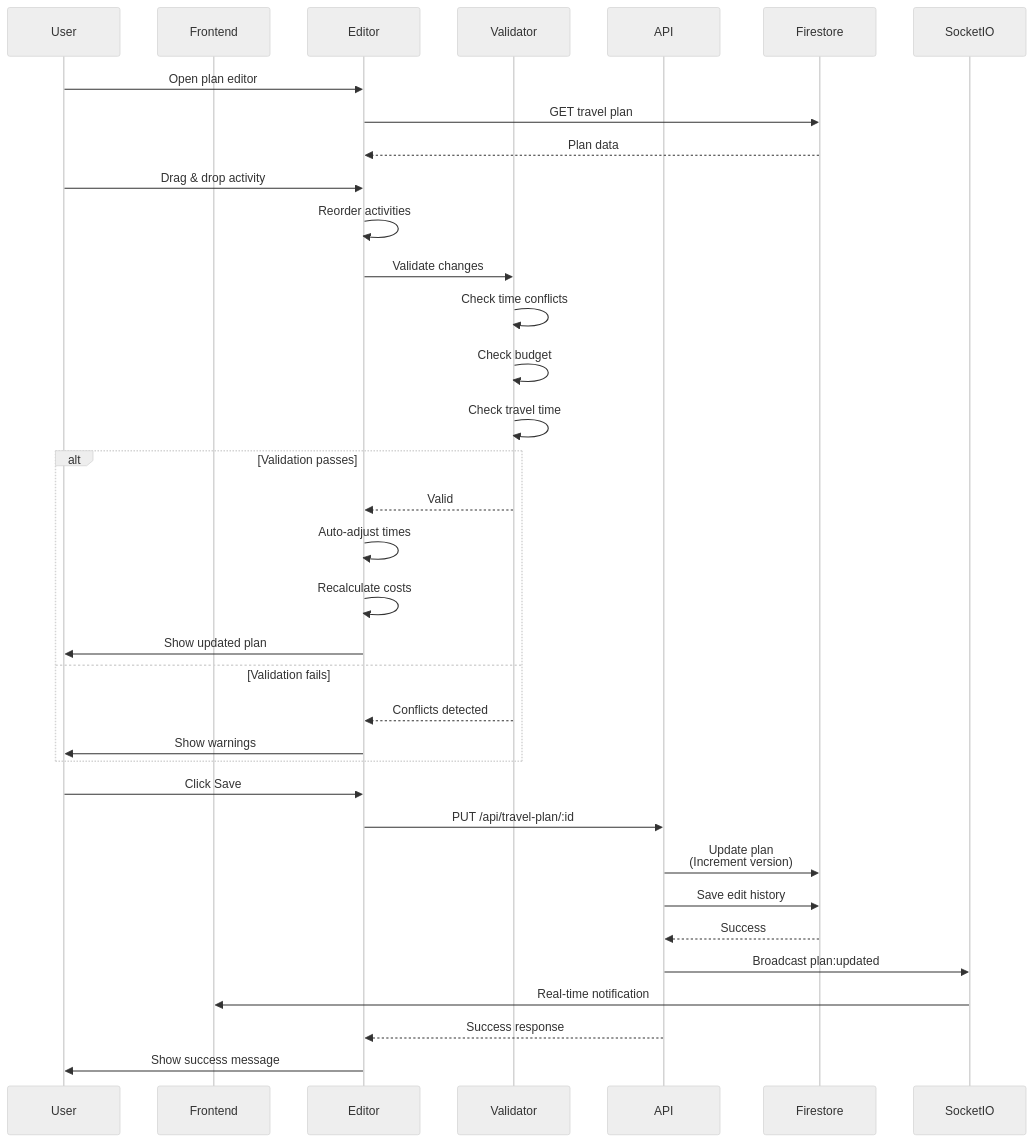
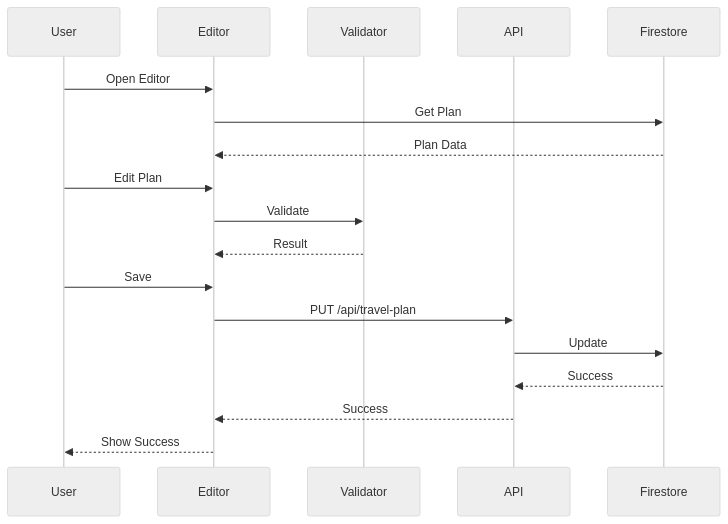
One commit to nvtank/AI_Assistant_DN changed the fourth of 8 diagrams in docs/future/07-Future-Data-Flow.md. Above: the diagram before and after it, drawn with Mermaid (neutral theme). The commit also changed other lines of this file and 3 other files, not shown here.

````diff
--- a/docs/future/07-Future-Data-Flow.md
+++ b/docs/future/07-Future-Data-Flow.md
@@ -168,43 +108,21 @@
 ```mermaid
 sequenceDiagram
     participant User
-    participant Frontend
     participant Editor
     participant Validator
     participant API
     participant Firestore
-    participant SocketIO
     
-    User->>Editor: Open plan editor
-    Editor->>Firestore: GET travel plan
-    Firestore-->>Editor: Plan data
-    
-    User->>Editor: Drag & drop activity
-    Editor->>Editor: Reorder activities
-    Editor->>Validator: Validate changes
-    
-    Validator->>Validator: Check time conflicts
-    Validator->>Validator: Check budget
-    Validator->>Validator: Check travel time
-    
-    alt Validation passes
-        Validator-->>Editor: Valid
-        Editor->>Editor: Auto-adjust times
-        Editor->>Editor: Recalculate costs
-        Editor->>User: Show updated plan
-    else Validation fails
-        Validator-->>Editor: Conflicts detected
-        Editor->>User: Show warnings
-    end
-    
-    User->>Editor: Click Save
-    Editor->>API: PUT /api/travel-plan/:id
-    API->>Firestore: Update plan<br/>(Increment version)
-    API->>Firestore: Save edit history
-    
+    User->>Editor: Open Editor
+    Editor->>Firestore: Get Plan
+    Firestore-->>Editor: Plan Data
+    User->>Editor: Edit Plan
+    Editor->>Validator: Validate
+    Validator-->>Editor: Result
+    User->>Editor: Save
+    Editor->>API: PUT /api/travel-plan
+    API->>Firestore: Update
     Firestore-->>API: Success
-    API->>SocketIO: Broadcast plan:updated
-    SocketIO->>Frontend: Real-time notification
-    API-->>Editor: Success response
-    Editor->>User: Show success message
+    API-->>Editor: Success
+    Editor-->>User: Show Success
 ```
````
